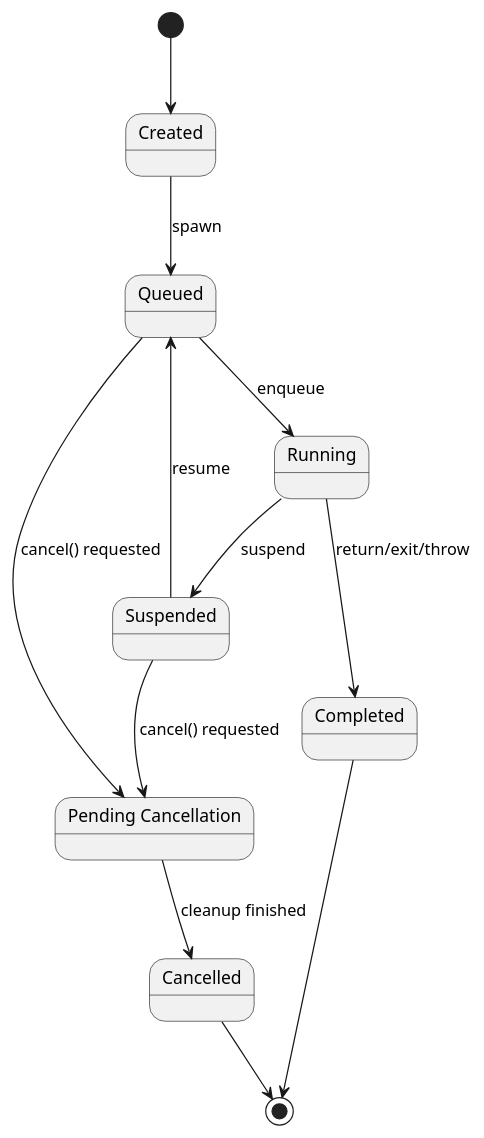
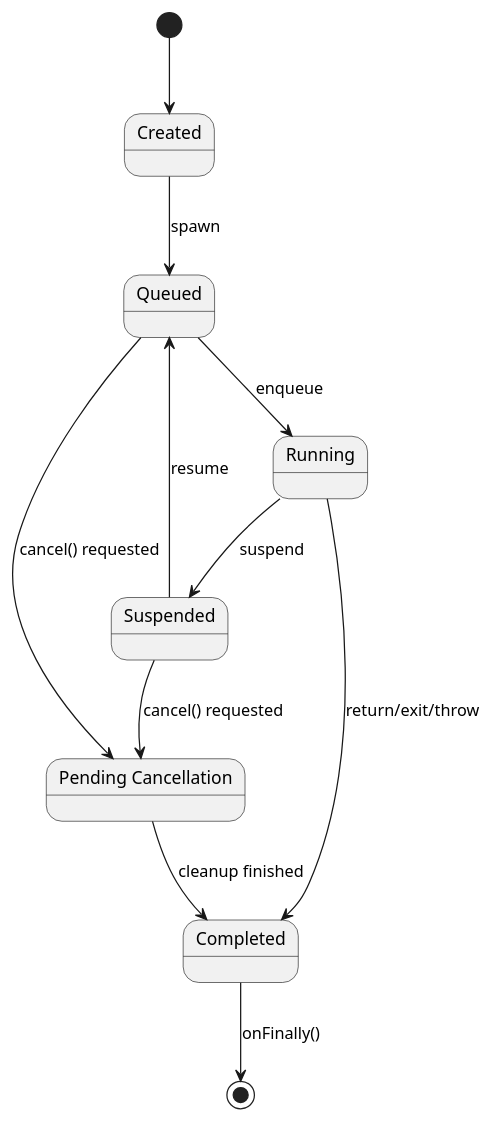
One commit to true-async/php-true-async-rfc changed the first of 3 diagrams in basic.md. Above: the diagram before and after it, drawn with PlantUML. The commit also changed other lines of this file, not shown here.

Commit message:
Remove 'Cancelled' state from coroutine state diagram and update transitions

````diff
--- a/basic.md
+++ b/basic.md
@@ -427,26 +427,24 @@
 ```plantuml
 @startuml
 state "Created" as Created
 state "Queued" as Queued
 state "Running" as Running
 state "Suspended" as Suspended
 state "Completed" as Completed
 state "Pending Cancellation" as Pending
-state "Cancelled" as Cancelled
 
 [*] --> Created
 Created --> Queued : spawn
 Queued --> Running : enqueue
 Running --> Suspended : suspend
 Suspended --> Queued : resume
 Running --> Completed : return/exit/throw
 
-Pending --> Cancelled : cleanup finished
+Pending --> Completed : cleanup finished
 Suspended --> Pending : cancel() requested
 Queued -> Pending : cancel() requested
 
-Completed --> [*]
-Cancelled --> [*]
+Completed --> [*] : onFinally()
 
 @enduml
 ```
````
